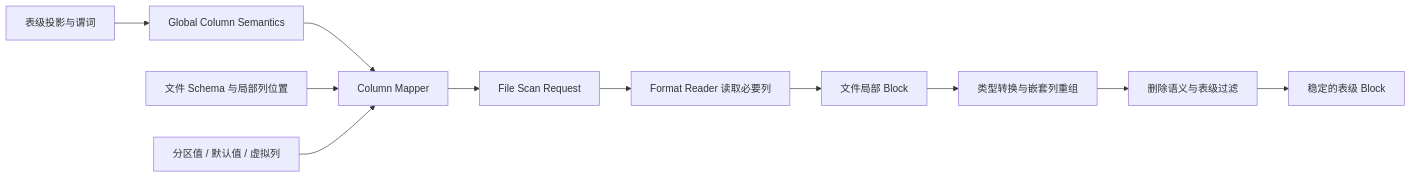
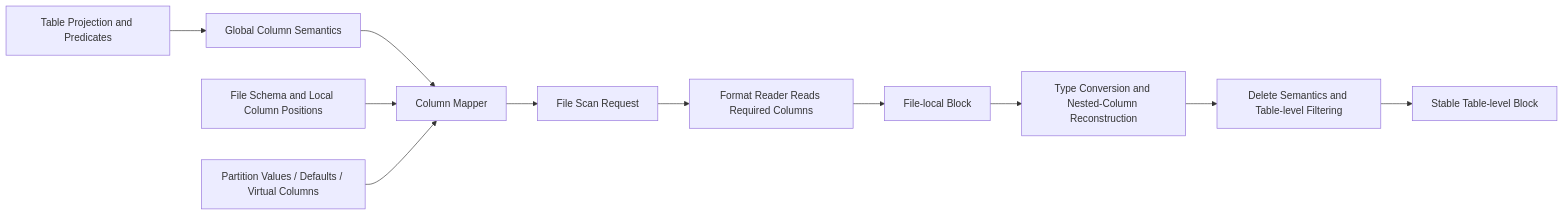
The fifth of 8 diagrams in docs/file-scanner-v2-design.md (apache/doris), drawn with Mermaid before and after one commit. The commit also changed other lines of this file and 1 other file, not shown here.

````diff
--- a/docs/file-scanner-v2-design.md
+++ b/docs/file-scanner-v2-design.md
@@ -170,13 +182,13 @@
 ```mermaid
 flowchart LR
-    A[表级投影与谓词] --> B[Global Column Semantics]
+    A[Table Projection and Predicates] --> B[Global Column Semantics]
     B --> C[Column Mapper]
-    D[文件 Schema 与局部列位置] --> C
-    E[分区值 / 默认值 / 虚拟列] --> C
+    D[File Schema and Local Column Positions] --> C
+    E[Partition Values / Defaults / Virtual Columns] --> C
     C --> F[File Scan Request]
-    F --> G[Format Reader 读取必要列]
-    G --> H[文件局部 Block]
-    H --> I[类型转换与嵌套列重组]
-    I --> J[删除语义与表级过滤]
-    J --> K[稳定的表级 Block]
+    F --> G[Format Reader Reads Required Columns]
+    G --> H[File-local Block]
+    H --> I[Type Conversion and Nested-Column Reconstruction]
+    I --> J[Delete Semantics and Table-level Filtering]
+    J --> K[Stable Table-level Block]
 ```
````
